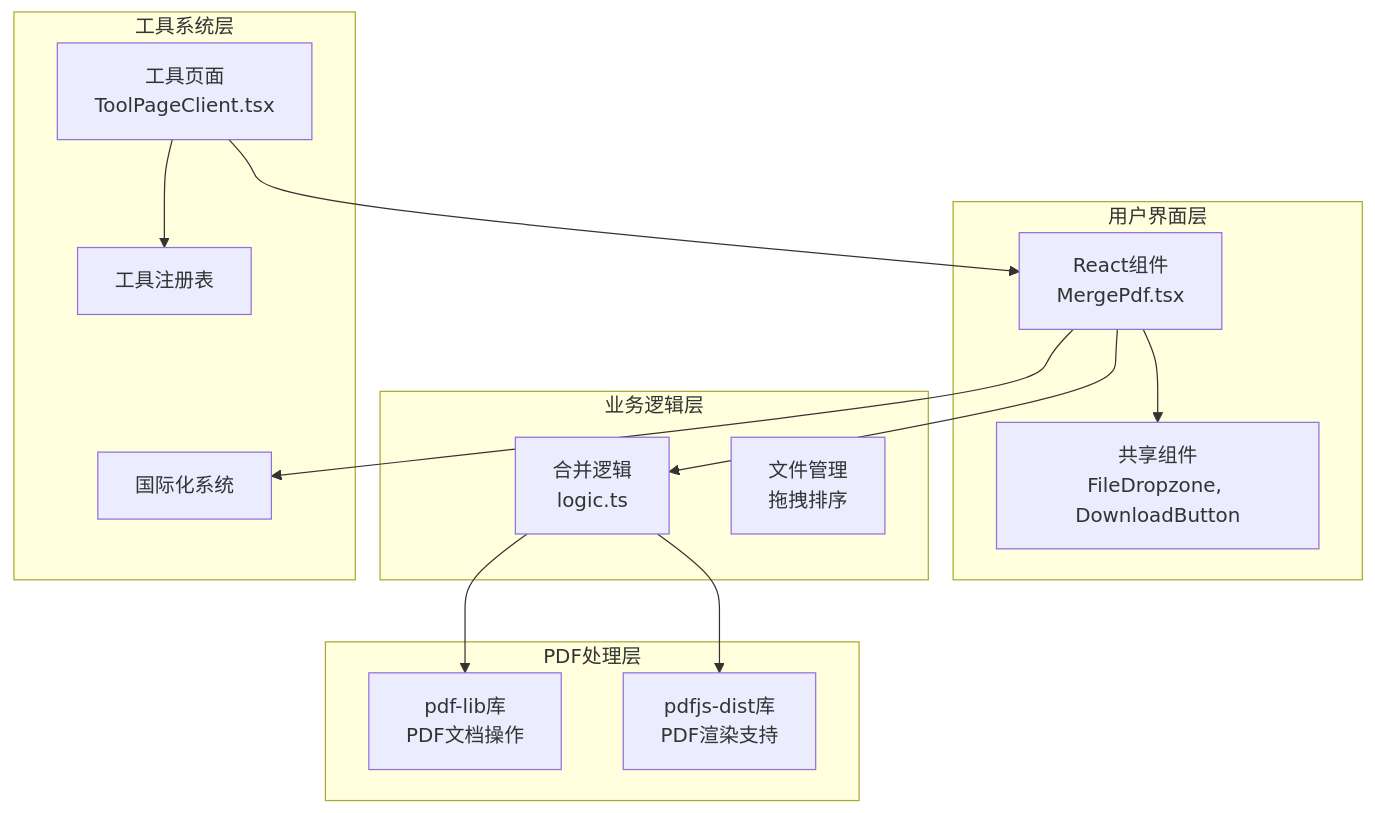
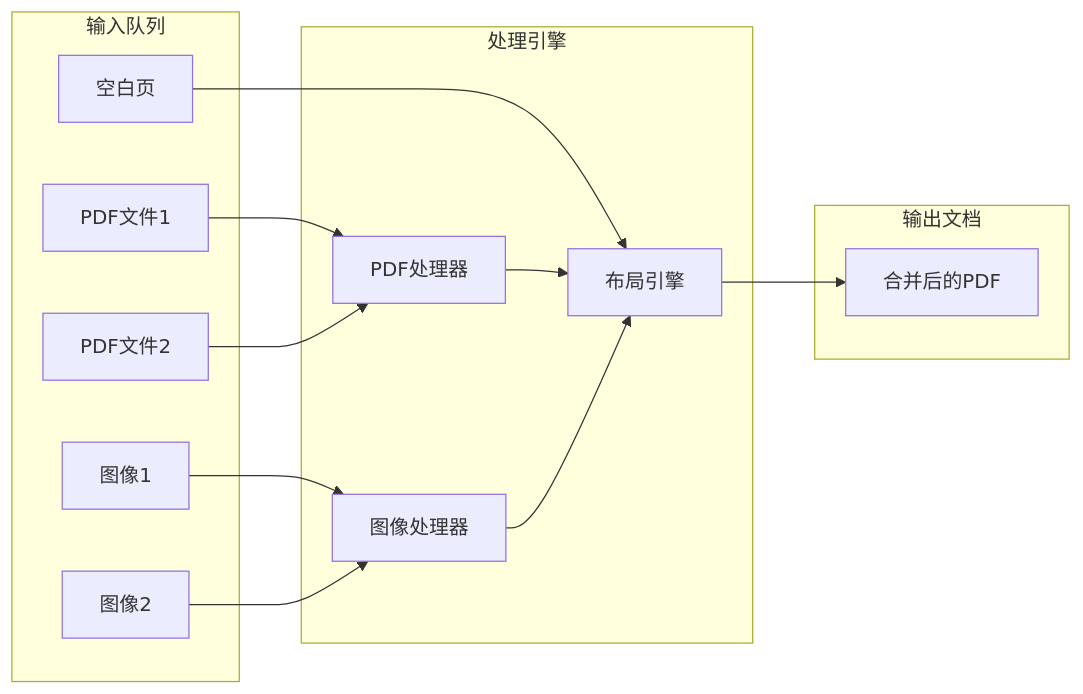
One commit to sgyy/privadeck changed the fifth of 11 diagrams in .qoder/repowiki/zh/content/PDF工具/PDF合并工具.md. Above: the diagram before and after it, drawn with Mermaid. The commit also changed other lines of this file and 3 other files, not shown here.

First line of the commit message:
feat(pdf): 升级为PDF与图像综合处理系统

````diff
--- a/.qoder/repowiki/zh/content/PDF工具/PDF合并工具.md
+++ b/.qoder/repowiki/zh/content/PDF工具/PDF合并工具.md
@@ -122,27 +269,26 @@
 ```mermaid
-graph TD
-subgraph "用户界面层"
-UI[React组件<br/>MergePdf.tsx]
-SharedComponents[共享组件<br/>FileDropzone, DownloadButton]
+graph LR
+subgraph "输入队列"
+PDF1[PDF文件1]
+IMG1[图像1]
+PDF2[PDF文件2]
+IMG2[图像2]
+BLANK[空白页]
 end
-subgraph "业务逻辑层"
-MergeLogic[合并逻辑<br/>logic.ts]
-FileManagement[文件管理<br/>拖拽排序]
+subgraph "处理引擎"
+PDFProcessor[PDF处理器]
+ImageProcessor[图像处理器]
+LayoutEngine[布局引擎]
 end
-subgraph "PDF处理层"
-PdfLib[pdf-lib库<br/>PDF文档操作]
-PdfJsDist[pdfjs-dist库<br/>PDF渲染支持]
+subgraph "输出文档"
+OutputPDF[合并后的PDF]
 end
-subgraph "工具系统层"
-ToolPageClient[工具页面<br/>ToolPageClient.tsx]
-ToolRegistry[工具注册表]
-I18nSystem[国际化系统]
-end
-UI --> SharedComponents
-UI --> MergeLogic
-MergeLogic --> PdfLib
-MergeLogic --> PdfJsDist
-ToolPageClient --> UI
-ToolPageClient --> ToolRegistry
-UI --> I18nSystem
+PDF1 --> PDFProcessor
+IMG1 --> ImageProcessor
+PDF2 --> PDFProcessor
+IMG2 --> ImageProcessor
+BLANK --> LayoutEngine
+PDFProcessor --> LayoutEngine
+ImageProcessor --> LayoutEngine
+LayoutEngine --> OutputPDF
 ```
````
